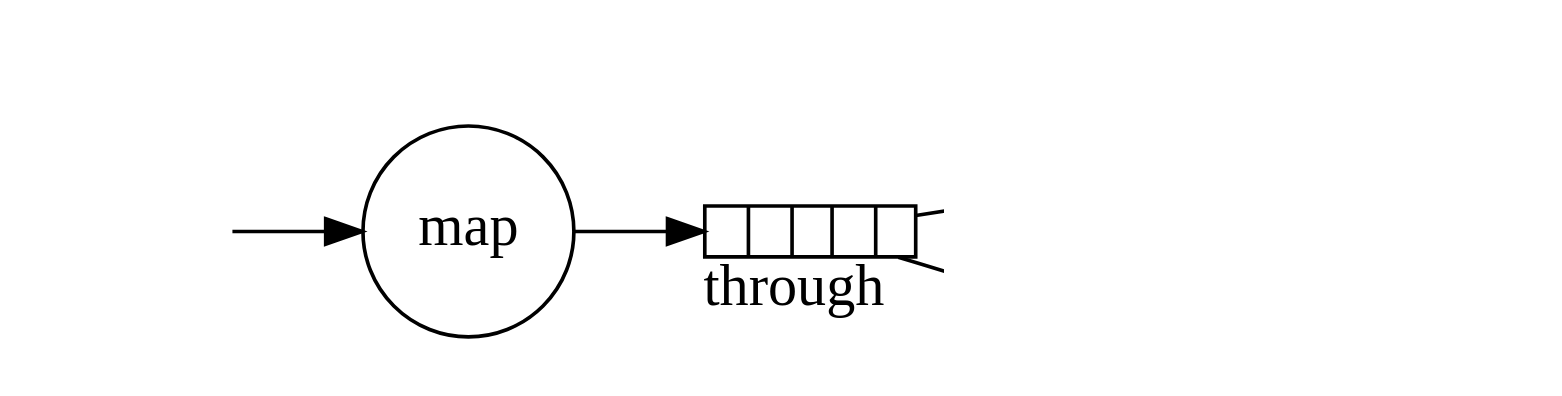
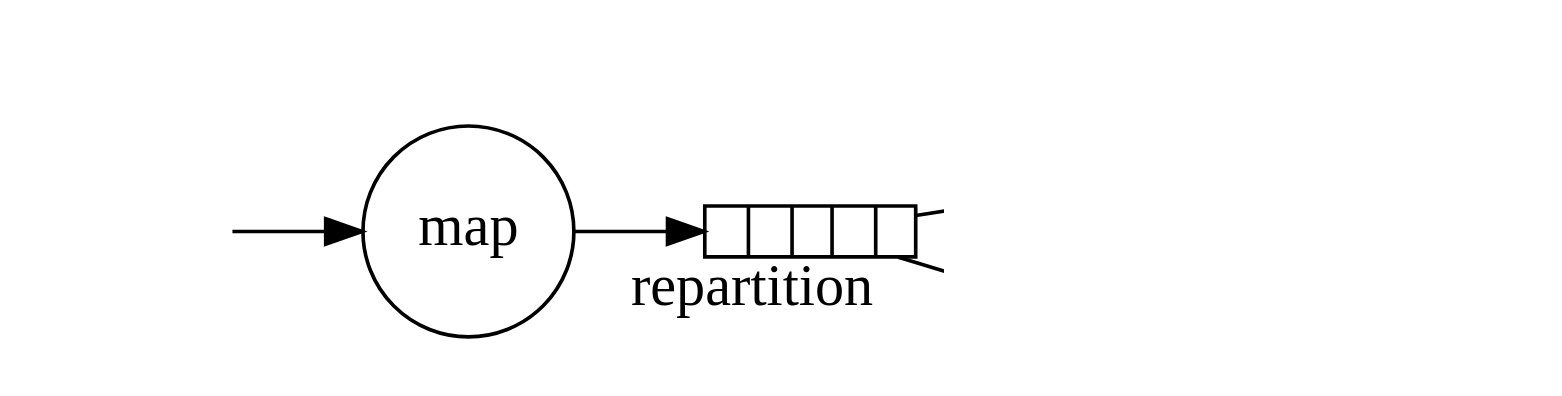
Before and after one commit to inponomarev/kstreams-examples: diagram 39 of 39 in lecture01/src/main/asciidoc/kstreams.adoc, drawn with Graphviz. The commit also changed other lines of this file, not shown here.

```diff
--- a/lecture01/src/main/asciidoc/kstreams.adoc
+++ b/lecture01/src/main/asciidoc/kstreams.adoc
@@ -2174,22 +2173,22 @@
 [graphviz, "implicitthrough.png"]
 -----
 digraph G {
 graph [ dpi = 150 ]; 
 rankdir="LR";
 node [fontsize=16; shape="circle"; fixedsize="true"; width="0.8"; label=""];
 Start, Finish [style="invis"]
 Start -> A
 A[label="map"]
 A -> throughAgg
-throughAgg[xlabel="through"]
+throughAgg[xlabel="repartition"]
 throughAgg -> Agg
 throughAgg -> Join
 Agg[label="Agg"]
 Join[label="Join"]
 Agg -> Join
 Join -> Finish
 Store [shape="cylinder"; label="Store";]
 Agg -> Store [dir="both"]
 throughAgg [shape="record"; label="{ | | | | }"; height = "0.2"]
 }
 -----
```
